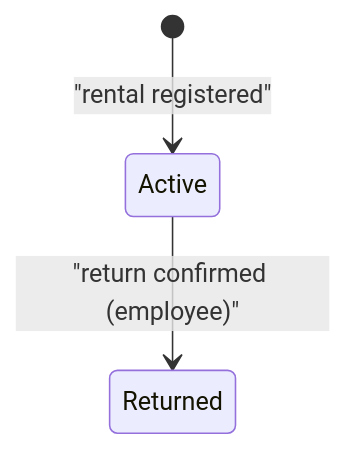
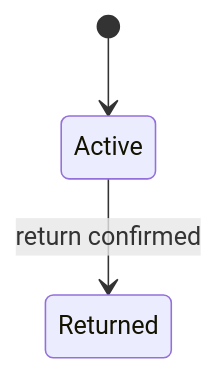
The second of 3 diagrams in specs/domain.md (scaledVideoClub/vc-stage2-vb6), drawn with Mermaid before and after one commit. The commit also changed other lines of this file, not shown here.

First line of the commit message:
fix(specs): rewrite mermaid diagrams to avoid parser failures on GitHub

````diff
--- a/specs/domain.md
+++ b/specs/domain.md
@@ -174,5 +176,8 @@
 ```mermaid
 stateDiagram-v2
-    [*] --> Active : "rental registered"
-    Active --> Returned : "return confirmed (employee)"
+    state "Active" as Ac
+    state "Returned" as Rt
+
+    [*] --> Ac
+    Ac --> Rt : return confirmed
 ```
````
